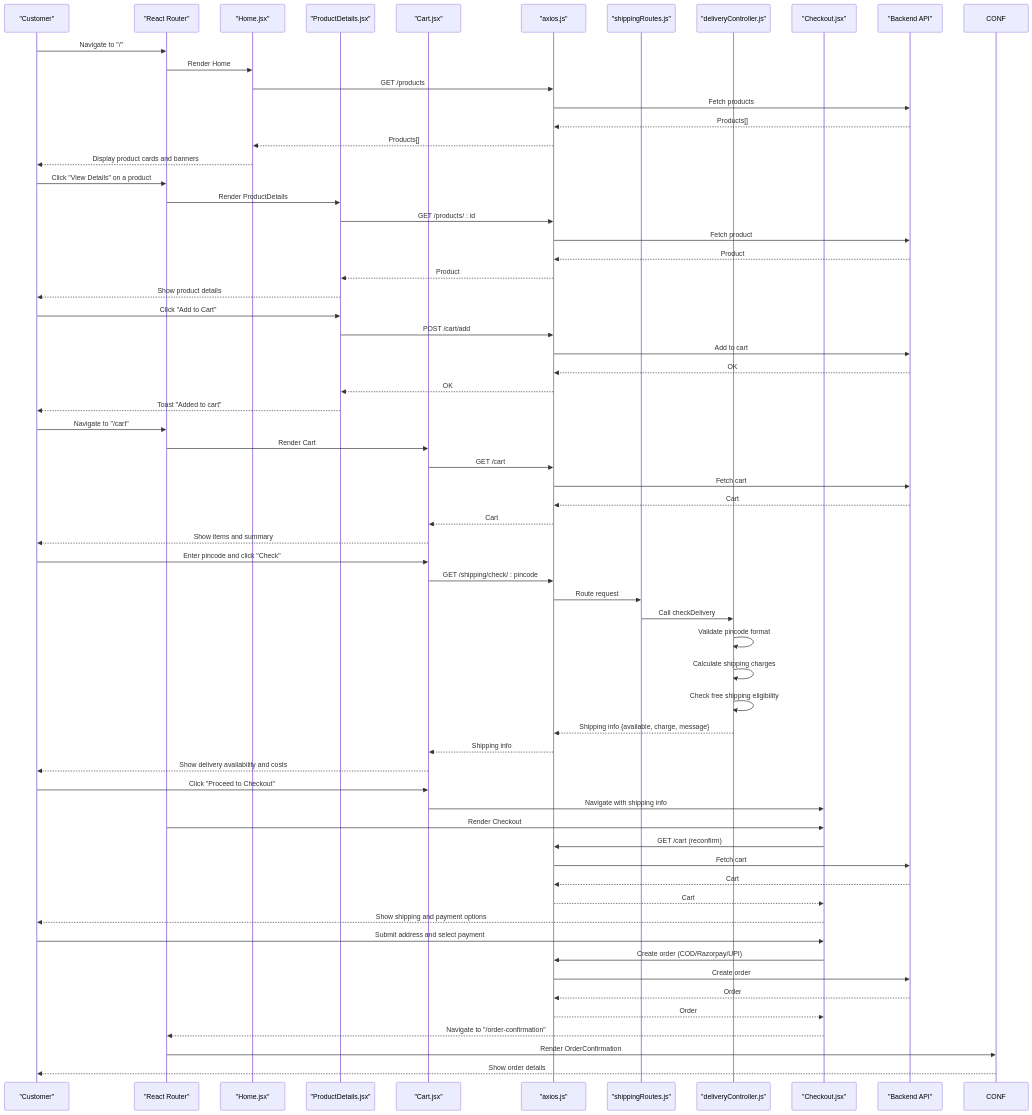
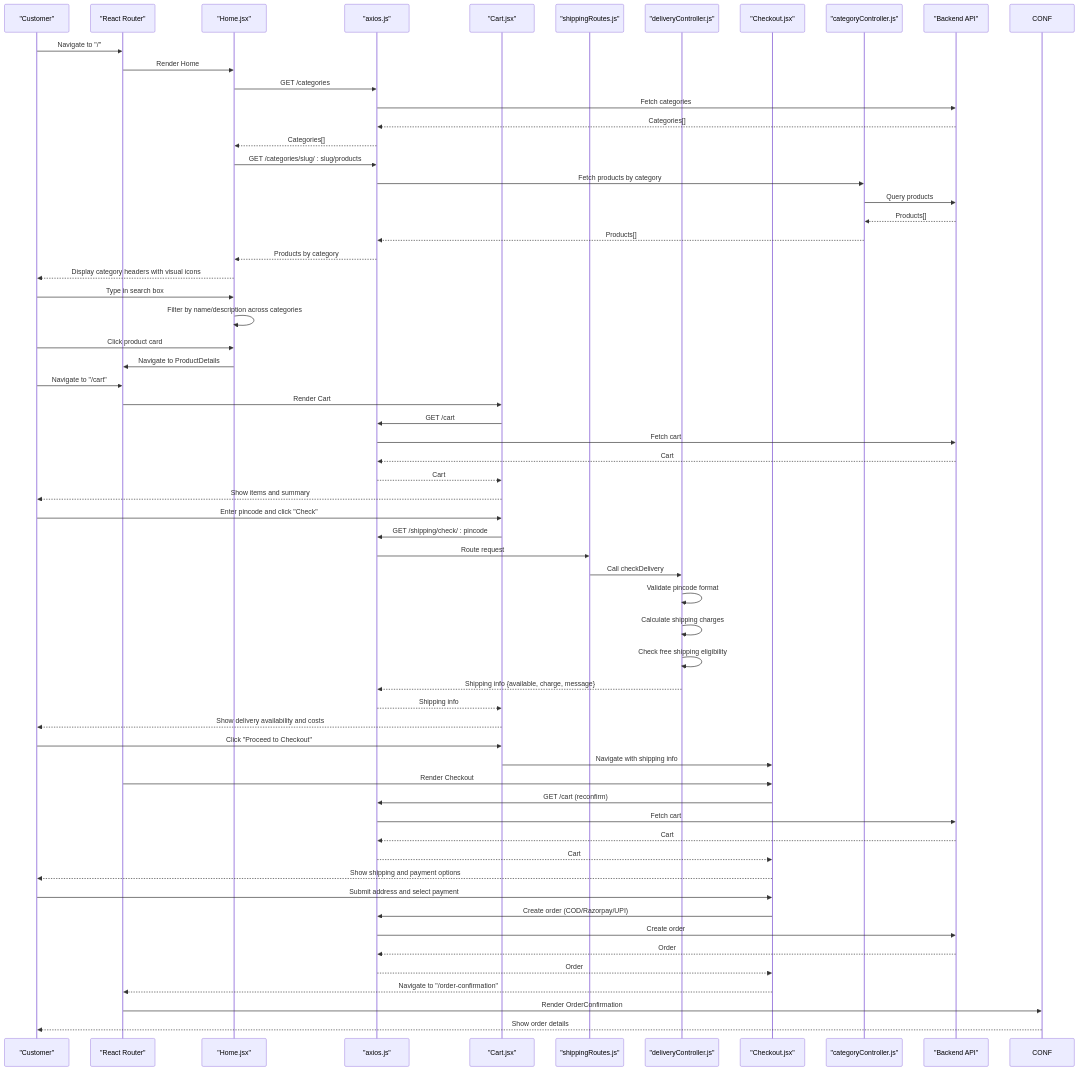
One commit to Pavan-PSPK9032/TrendsandToss changed the second of 9 diagrams in .qoder/repowiki/en/content/Shopping Experience/Shopping Experience.md. Above: the diagram before and after it, drawn with Mermaid. The commit also changed other lines of this file and 9 other files, not shown here.

Commit message:
Mobile UI improvements: 2-col grid, swipe images, remove pincode from product details, optimize spacing

````diff
--- a/.qoder/repowiki/en/content/Shopping Experience/Shopping Experience.md
+++ b/.qoder/repowiki/en/content/Shopping Experience/Shopping Experience.md
@@ -147,66 +168,63 @@
 ```mermaid
 sequenceDiagram
 participant C as "Customer"
 participant R as "React Router"
 participant H as "Home.jsx"
-participant P as "ProductDetails.jsx"
+participant API as "axios.js"
 participant CR as "Cart.jsx"
-participant API as "axios.js"
 participant SR as "shippingRoutes.js"
 participant DC as "deliveryController.js"
 participant CH as "Checkout.jsx"
+participant CAT as "categoryController.js"
 participant B as "Backend API"
 C->>R : Navigate to "/"
 R->>H : Render Home
-H->>API : GET /products
-API->>B : Fetch products
-B-->>API : Products[]
-API-->>H : Products[]
-H-->>C : Display product cards and banners
-C->>R : Click "View Details" on a product
-R->>P : Render ProductDetails
-P->>API : GET /products/ : id
-API->>B : Fetch product
-B-->>API : Product
-API-->>P : Product
-P-->>C : Show product details
-C->>P : Click "Add to Cart"
-P->>API : POST /cart/add
-API->>B : Add to cart
-B-->>API : OK
-API-->>P : OK
-P-->>C : Toast "Added to cart"
+H->>API : GET /categories
+API->>B : Fetch categories
+B-->>API : Categories[]
+API-->>H : Categories[]
+H->>API : GET /categories/slug/ : slug/products
+API->>CAT : Fetch products by category
+CAT->>B : Query products
+B-->>CAT : Products[]
+CAT-->>API : Products[]
+API-->>H : Products by category
+H-->>C : Display category headers with visual icons
+C->>H : Type in search box
+H->>H : Filter by name/description across categories
+C->>H : Click product card
+H->>R : Navigate to ProductDetails
 C->>R : Navigate to "/cart"
 R->>CR : Render Cart
 CR->>API : GET /cart
 API->>B : Fetch cart
 B-->>API : Cart
 API-->>CR : Cart
 CR-->>C : Show items and summary
 C->>CR : Enter pincode and click "Check"
 CR->>API : GET /shipping/check/ : pincode
 API->>SR : Route request
 SR->>DC : Call checkDelivery
 DC->>DC : Validate pincode format
 DC->>DC : Calculate shipping charges
 DC->>DC : Check free shipping eligibility
 DC-->>API : Shipping info {available, charge, message}
 API-->>CR : Shipping info
 CR-->>C : Show delivery availability and costs
 C->>CR : Click "Proceed to Checkout"
 CR->>CH : Navigate with shipping info
 R->>CH : Render Checkout
 CH->>API : GET /cart (reconfirm)
 API->>B : Fetch cart
 B-->>API : Cart
 API-->>CH : Cart
 CH-->>C : Show shipping and payment options
 C->>CH : Submit address and select payment
 CH->>API : Create order (COD/Razorpay/UPI)
 API->>B : Create order
 B-->>API : Order
 API-->>CH : Order
 CH-->>R : Navigate to "/order-confirmation"
 R->>CONF : Render OrderConfirmation
 CONF-->>C : Show order details
 ```
````
